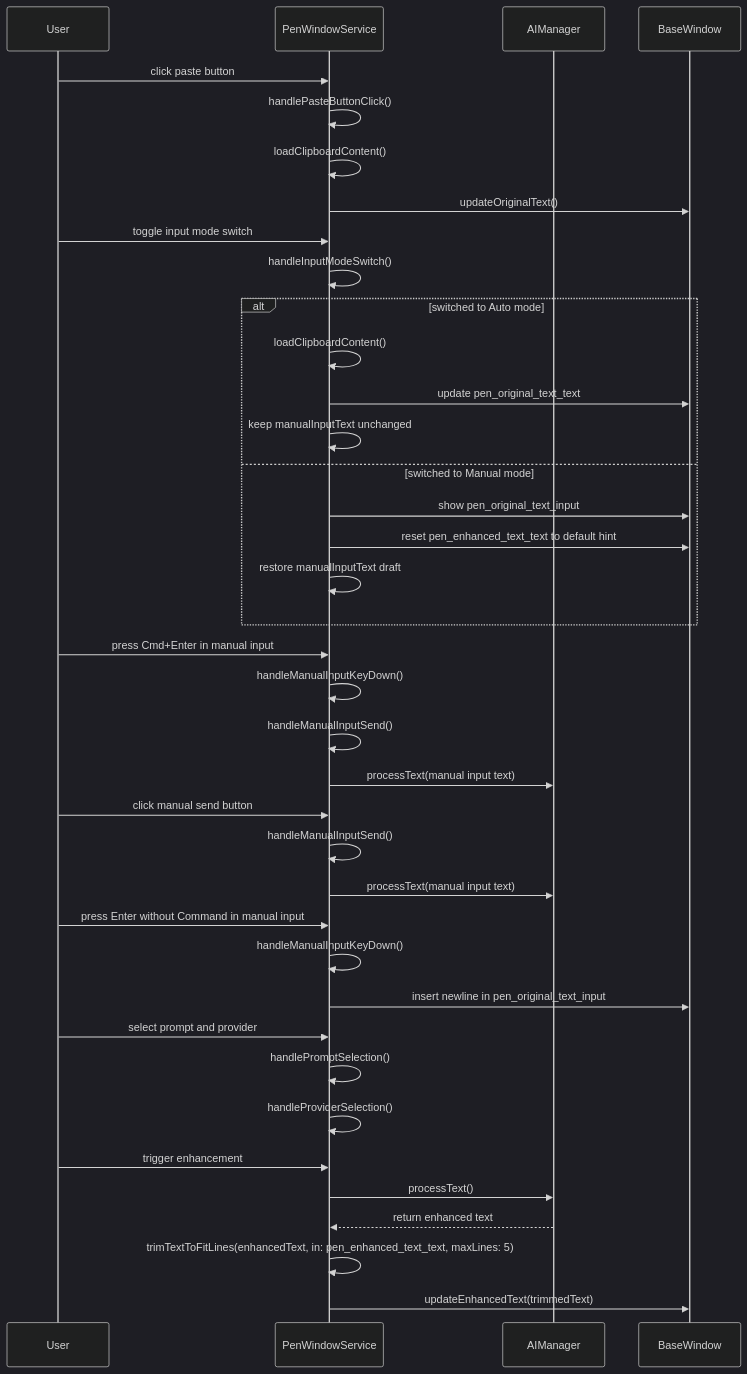
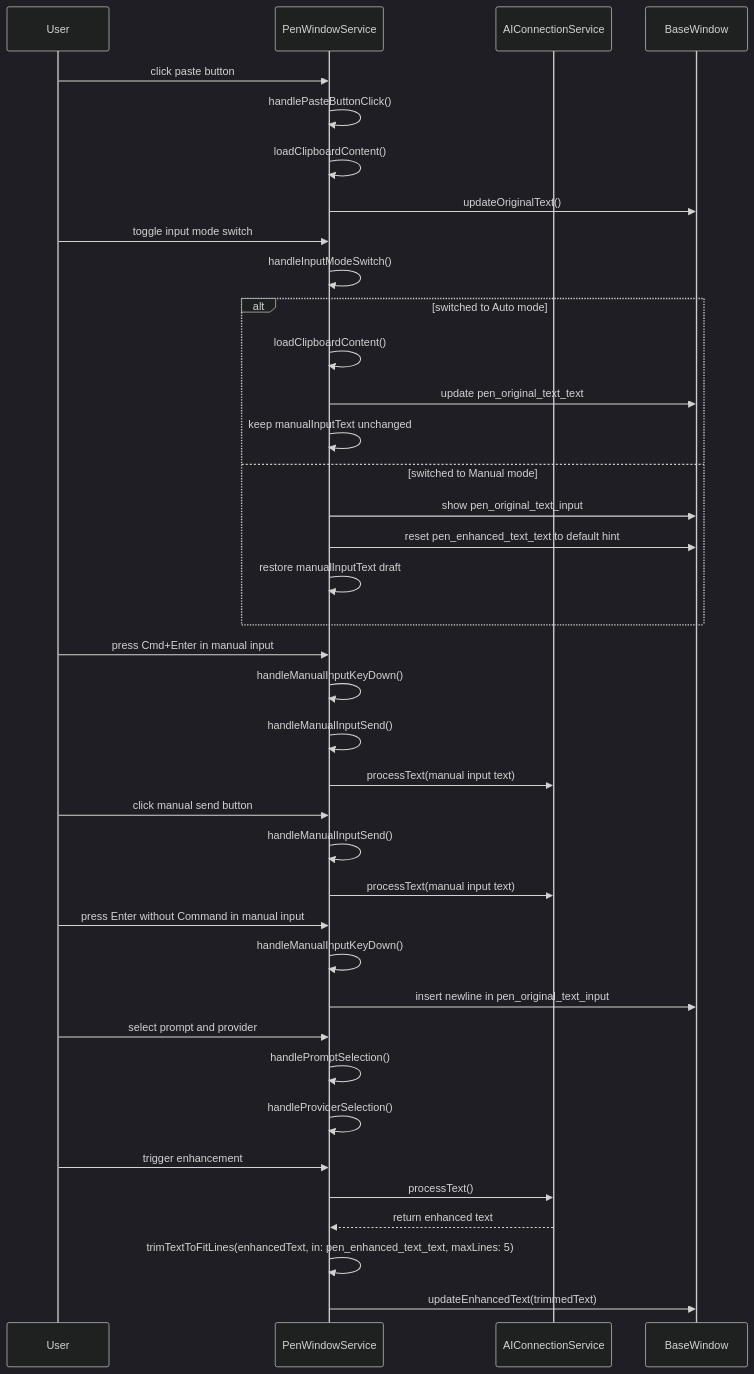
The third of 4 diagrams in Docs/Pen-Window/design-pen-window-service.md (ethanhuangcst/pen.lite), drawn with Mermaid (dark theme) before and after one commit. The commit also changed other lines of this file and 19 other files, not shown here.

First line of the commit message:
docs: update remaining documentation for offline-first architecture

````diff
--- a/Docs/Pen-Window/design-pen-window-service.md
+++ b/Docs/Pen-Window/design-pen-window-service.md
@@ -188,41 +187,41 @@
 ```mermaid
 sequenceDiagram
     participant U as User
     participant PWS as PenWindowService
-    participant AM as AIManager
+    participant AM as AIConnectionService
     participant BW as BaseWindow
     
     U->>PWS: click paste button
     PWS->>PWS: handlePasteButtonClick()
     PWS->>PWS: loadClipboardContent()
     PWS->>BW: updateOriginalText()
     U->>PWS: toggle input mode switch
     PWS->>PWS: handleInputModeSwitch()
     alt switched to Auto mode
         PWS->>PWS: loadClipboardContent()
         PWS->>BW: update pen_original_text_text
         PWS->>PWS: keep manualInputText unchanged
     else switched to Manual mode
         PWS->>BW: show pen_original_text_input
         PWS->>BW: reset pen_enhanced_text_text to default hint
         PWS->>PWS: restore manualInputText draft
     end
     U->>PWS: press Cmd+Enter in manual input
     PWS->>PWS: handleManualInputKeyDown()
     PWS->>PWS: handleManualInputSend()
     PWS->>AM: processText(manual input text)
     U->>PWS: click manual send button
     PWS->>PWS: handleManualInputSend()
     PWS->>AM: processText(manual input text)
     U->>PWS: press Enter without Command in manual input
     PWS->>PWS: handleManualInputKeyDown()
     PWS->>BW: insert newline in pen_original_text_input
     U->>PWS: select prompt and provider
     PWS->>PWS: handlePromptSelection()
     PWS->>PWS: handleProviderSelection()
     U->>PWS: trigger enhancement
     PWS->>AM: processText()
     AM-->>PWS: return enhanced text
     PWS->>PWS: trimTextToFitLines(enhancedText, in: pen_enhanced_text_text, maxLines: 5)
     PWS->>BW: updateEnhancedText(trimmedText)
 ```
````
